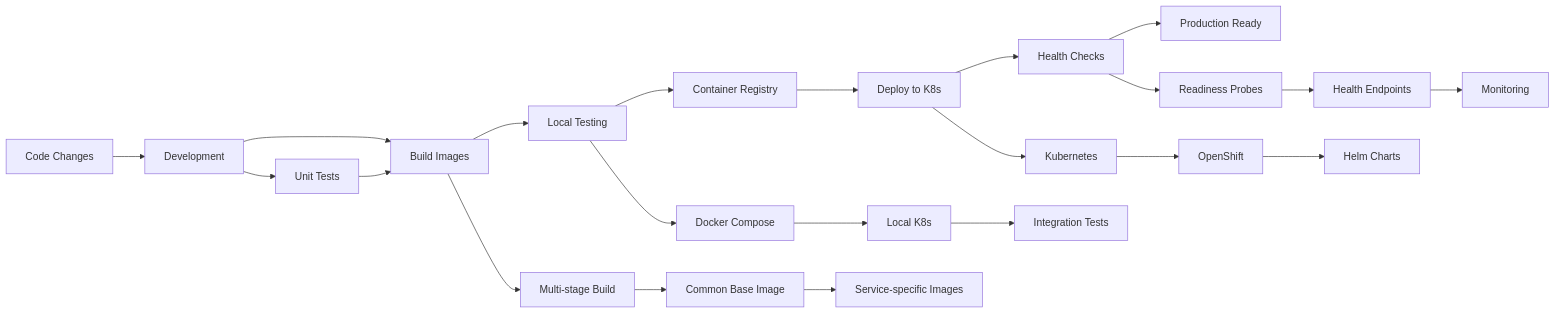
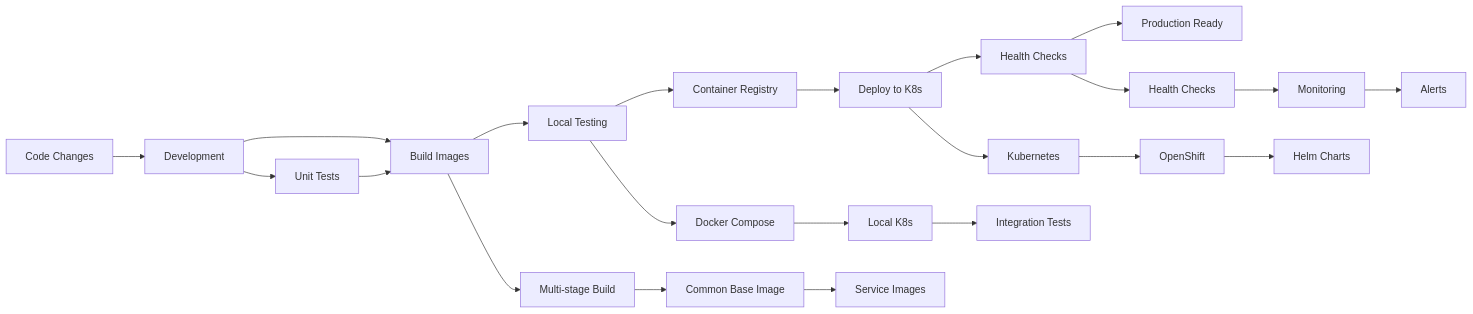
The third of 3 diagrams in README.md (narenallam/e-commerce-saga), drawn with Mermaid before and after one commit. The commit also changed other lines of this file and 69 other files, not shown here.

````diff
--- a/README.md
+++ b/README.md
@@ -231,29 +537,29 @@
 ```mermaid
 flowchart LR
     A[Development] --> B[Build Images]
     B --> C[Local Testing]
     C --> D[Container Registry]
     D --> E[Deploy to K8s]
     E --> F[Health Checks]
     F --> G[Production Ready]
 
     A1[Code Changes] --> A
     A --> A2[Unit Tests]
     A2 --> B
 
     B --> B1[Multi-stage Build]
     B1 --> B2[Common Base Image]
-    B2 --> B3[Service-specific Images]
+    B2 --> B3[Service Images]
 
     C --> C1[Docker Compose]
     C1 --> C2[Local K8s]
     C2 --> C3[Integration Tests]
 
     E --> E1[Kubernetes]
     E1 --> E2[OpenShift]
     E2 --> E3[Helm Charts]
 
-    F --> F1[Readiness Probes]
-    F1 --> F2[Health Endpoints]
-    F2 --> F3[Monitoring]
+    F --> F1[Health Checks]
+    F1 --> F2[Monitoring]
+    F2 --> F3[Alerts]
 ```
````
